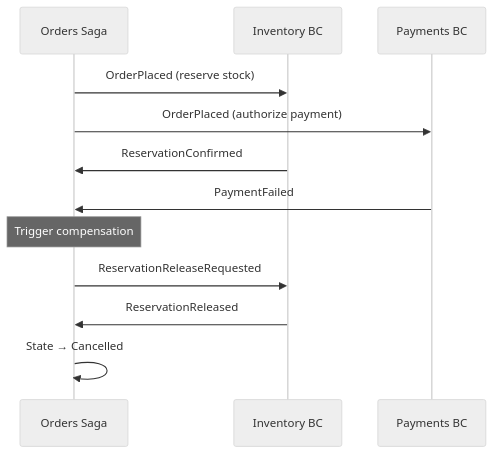
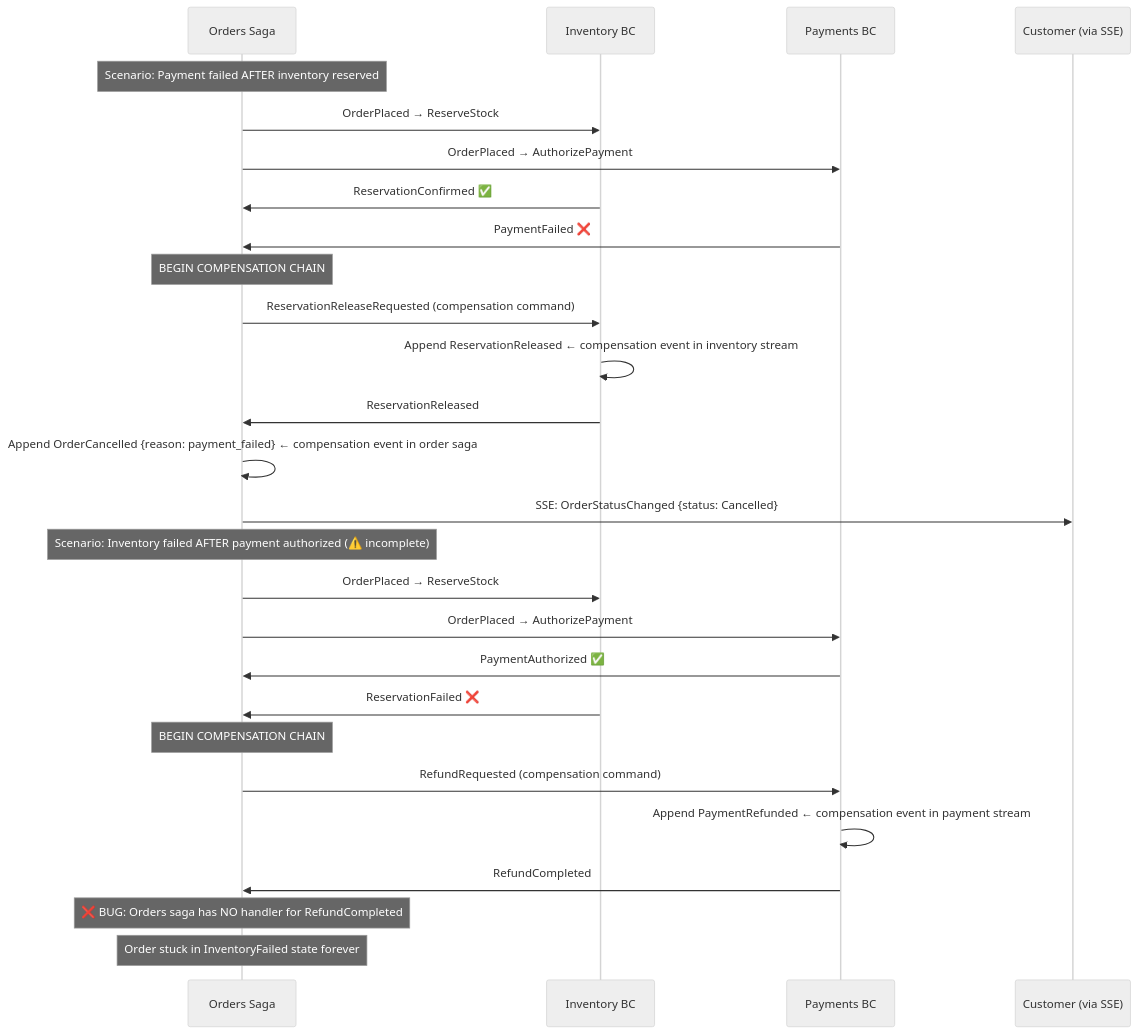
One commit to erikshafer/CritterSupply changed the third of 8 diagrams in src/Orders/Orders.Api/README.md. Above: the diagram before and after it, drawn with Mermaid (neutral theme). The commit also changed other lines of this file and 7 other files, not shown here.

Commit message:
docs: enhance BC READMEs with off-path flows, compensation events, and PO discussion questions

````diff
--- a/src/Orders/Orders.Api/README.md
+++ b/src/Orders/Orders.Api/README.md
@@ -72,15 +111,34 @@
 ```mermaid
 sequenceDiagram
     participant Orders as Orders Saga
     participant Inventory as Inventory BC
     participant Payments as Payments BC
+    participant Customer as Customer (via SSE)
 
-    Orders->>Inventory: OrderPlaced (reserve stock)
-    Orders->>Payments: OrderPlaced (authorize payment)
-    Inventory->>Orders: ReservationConfirmed
-    Payments->>Orders: PaymentFailed
-    Note over Orders: Trigger compensation
-    Orders->>Inventory: ReservationReleaseRequested
+    Note over Orders: Scenario: Payment failed AFTER inventory reserved
+    Orders->>Inventory: OrderPlaced → ReserveStock
+    Orders->>Payments: OrderPlaced → AuthorizePayment
+    Inventory->>Orders: ReservationConfirmed ✅
+    Payments->>Orders: PaymentFailed ❌
+
+    Note over Orders: BEGIN COMPENSATION CHAIN
+    Orders->>Inventory: ReservationReleaseRequested (compensation command)
+    Inventory->>Inventory: Append ReservationReleased ← compensation event in inventory stream
     Inventory->>Orders: ReservationReleased
-    Orders->>Orders: State → Cancelled
+
+    Orders->>Orders: Append OrderCancelled {reason: payment_failed} ← compensation event in order saga
+    Orders->>Customer: SSE: OrderStatusChanged {status: Cancelled}
+
+    Note over Orders: Scenario: Inventory failed AFTER payment authorized (⚠️ incomplete)
+    Orders->>Inventory: OrderPlaced → ReserveStock
+    Orders->>Payments: OrderPlaced → AuthorizePayment
+    Payments->>Orders: PaymentAuthorized ✅
+    Inventory->>Orders: ReservationFailed ❌
+
+    Note over Orders: BEGIN COMPENSATION CHAIN
+    Orders->>Payments: RefundRequested (compensation command)
+    Payments->>Payments: Append PaymentRefunded ← compensation event in payment stream
+    Payments->>Orders: RefundCompleted
+    Note over Orders: ❌ BUG: Orders saga has NO handler for RefundCompleted
+    Note over Orders: Order stuck in InventoryFailed state forever
 ```
````
